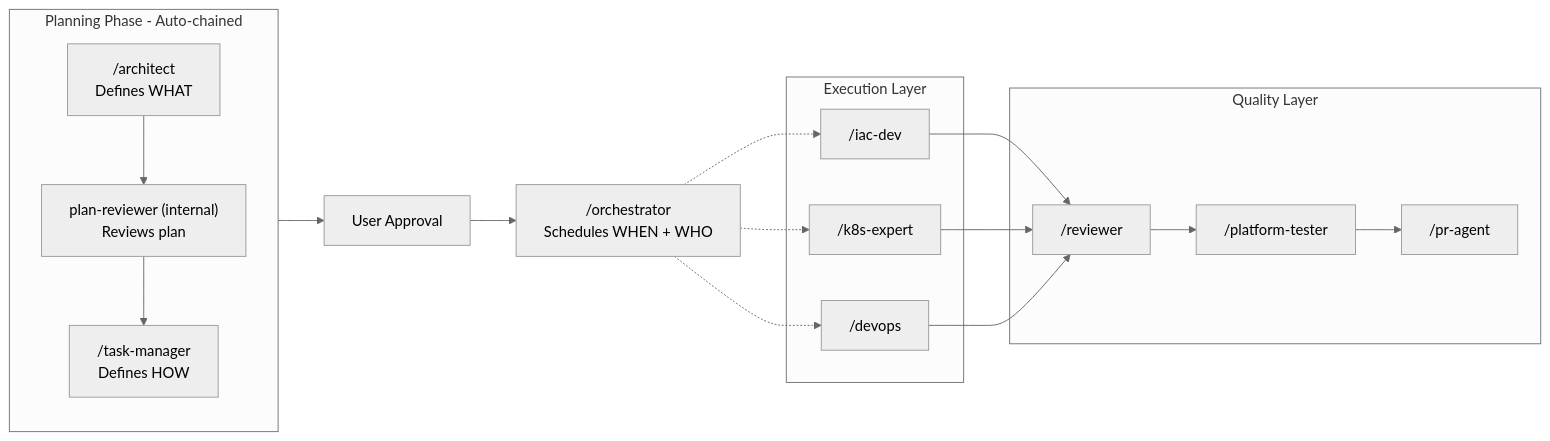
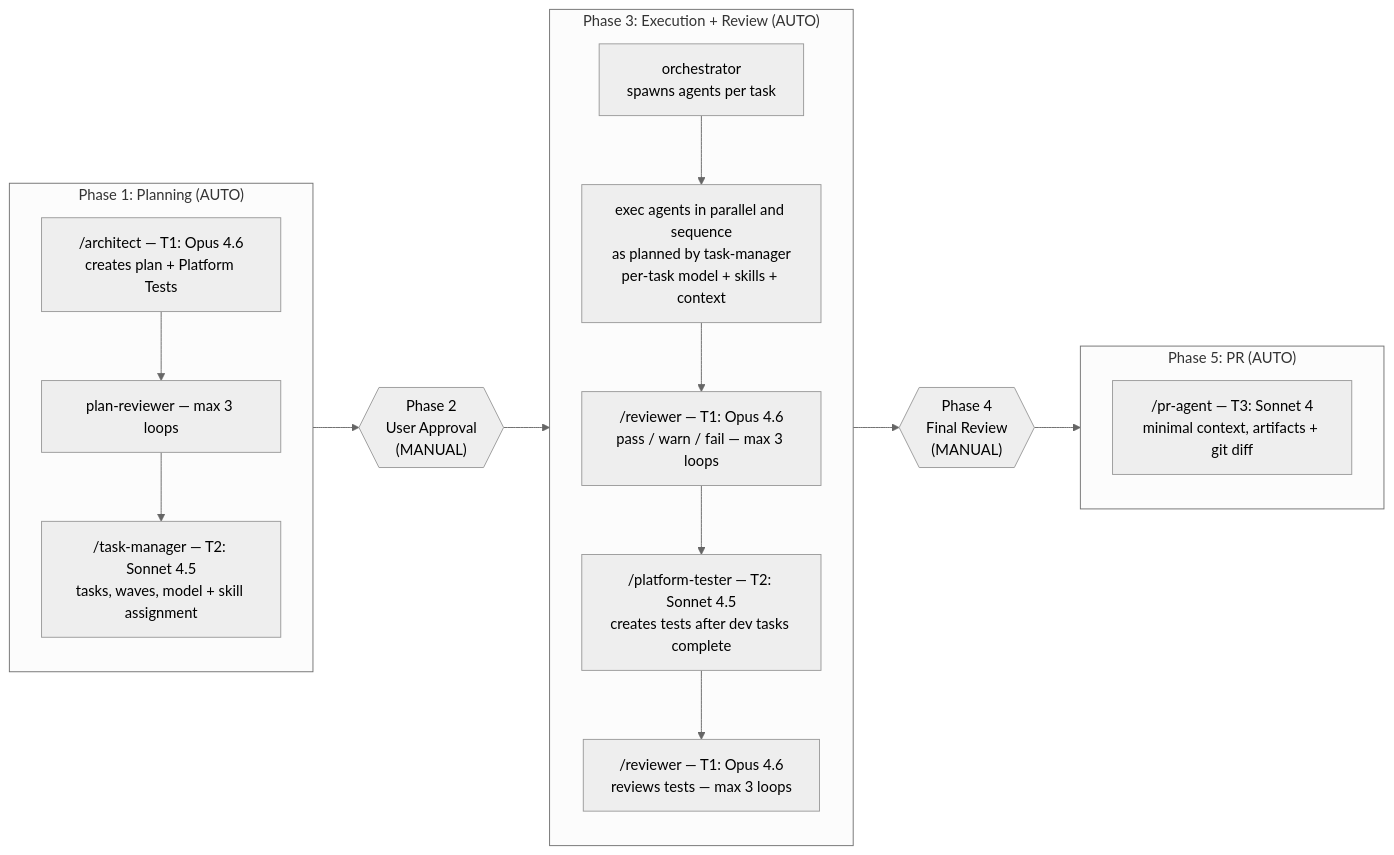
Before and after one commit to yogeshelke/.dotfiles: the diagram in cursor/README.md, drawn with Mermaid (neutral theme). The commit also changed other lines of this file and 15 other files, not shown here.

````diff
--- a/cursor/README.md
+++ b/cursor/README.md
@@ -31,34 +37,29 @@
 ```mermaid
 flowchart LR
-    subgraph planning [Planning Phase - Auto-chained]
-        Architect["/architect<br/>Defines WHAT"]
-        PlanReviewer["plan-reviewer (internal)<br/>Reviews plan"]
-        TaskManager["/task-manager<br/>Defines HOW"]
-    end
-    
-    UserApproval["User Approval"]
-    Orchestrator["/orchestrator<br/>Schedules WHEN + WHO"]
-    
-    subgraph execution [Execution Layer]
-        IacDev["/iac-dev"]
-        K8sExpert["/k8s-expert"]
-        DevOps["/devops"]
-    end
-    
-    subgraph quality [Quality Layer]
-        Reviewer["/reviewer"]
-        Tester["/platform-tester"]
-        PRAgent["/pr-agent"]
+    subgraph P1["Phase 1: Planning (AUTO)"]
+        direction TB
+        A1["/architect — T1: Opus 4.6<br/>creates plan + Platform Tests"]
+        A1 --> A2["plan-reviewer — max 3 loops"]
+        A2 --> A3["/task-manager — T2: Sonnet 4.5<br/>tasks, waves, model + skill assignment"]
     end
 
-    Architect --> PlanReviewer --> TaskManager
-    planning --> UserApproval
-    UserApproval --> Orchestrator
-    Orchestrator -.-> IacDev
-    Orchestrator -.-> K8sExpert
-    Orchestrator -.-> DevOps
-    IacDev --> Reviewer
-    K8sExpert --> Reviewer
-    DevOps --> Reviewer
-    Reviewer --> Tester --> PRAgent
+    P2{{"Phase 2<br/>User Approval<br/>(MANUAL)"}}
+
+    subgraph P3["Phase 3: Execution + Review (AUTO)"]
+        direction TB
+        C1["orchestrator<br/>spawns agents per task"]
+        C1 --> C2["exec agents in parallel and sequence<br/>as planned by task-manager<br/>per-task model + skills + context"]
+        C2 --> C3["/reviewer — T1: Opus 4.6<br/>pass / warn / fail — max 3 loops"]
+        C3 --> C4["/platform-tester — T2: Sonnet 4.5<br/>creates tests after dev tasks complete"]
+        C4 --> C5["/reviewer — T1: Opus 4.6<br/>reviews tests — max 3 loops"]
+    end
+
+    P4{{"Phase 4<br/>Final Review<br/>(MANUAL)"}}
+
+    subgraph P5["Phase 5: PR (AUTO)"]
+        direction TB
+        E1["/pr-agent — T3: Sonnet 4<br/>minimal context, artifacts + git diff"]
+    end
+
+    P1 --> P2 --> P3 --> P4 --> P5
 ```
````
